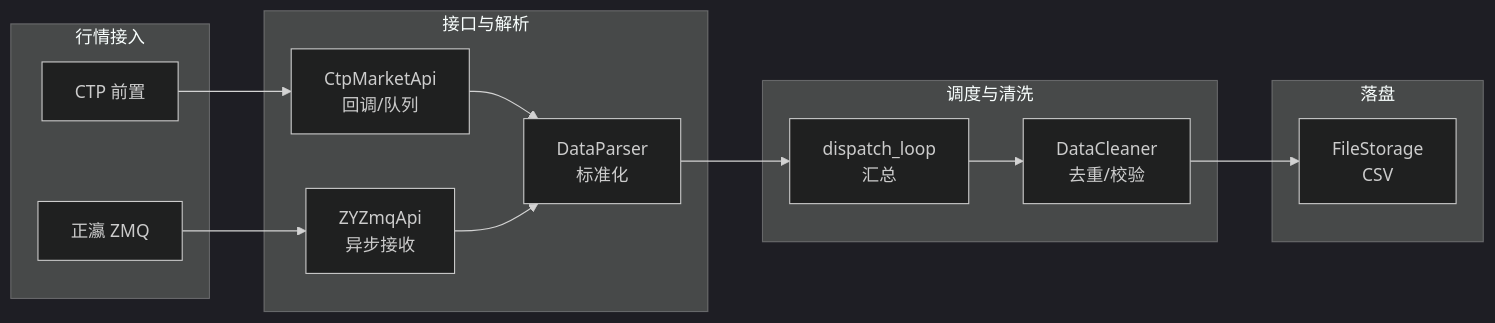
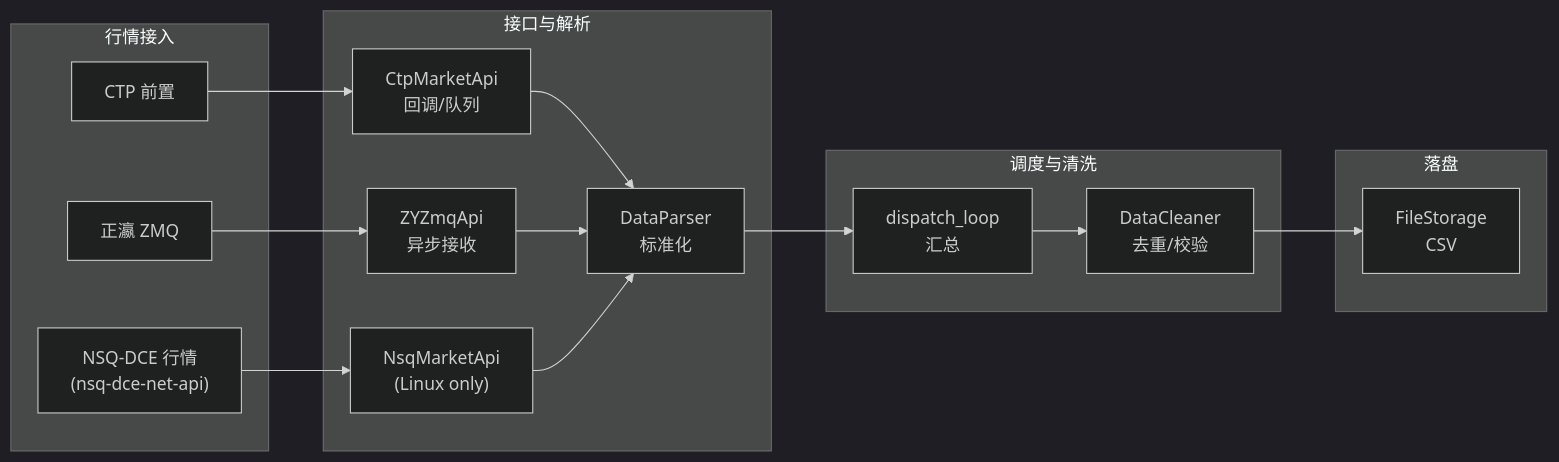
Before and after one commit to dancing-clown/futures_quant_framework: the second of 2 diagrams in README.md, drawn with Mermaid (dark theme). The commit also changed other lines of this file, not shown here.

First line of the commit message:
docs: 更新 README.md，增加 NSQ-DCE 行情源说明

````diff
--- a/README.md
+++ b/README.md
@@ -80,30 +88,34 @@
 ```mermaid
 flowchart LR
     subgraph 行情接入
         A1["CTP 前置"]
         A2["正瀛 ZMQ"]
+        A3["NSQ-DCE 行情\n(nsq-dce-net-api)"]
     end
 
     subgraph 接口与解析
         B1["CtpMarketApi\n回调/队列"]
         B2["ZYZmqApi\n异步接收"]
-        B3["DataParser\n标准化"]
+        B3["NsqMarketApi\n(Linux only)"]
+        B4["DataParser\n标准化"]
     end
 
     subgraph 调度与清洗
         C1["dispatch_loop\n汇总"]
         C2["DataCleaner\n去重/校验"]
     end
 
     subgraph 落盘
         D1["FileStorage\nCSV"]
     end
 
     A1 --> B1
     A2 --> B2
-    B1 --> B3
-    B2 --> B3
-    B3 --> C1
+    A3 --> B3
+    B1 --> B4
+    B2 --> B4
+    B3 --> B4
+    B4 --> C1
     C1 --> C2
     C2 --> D1
 ```
````
